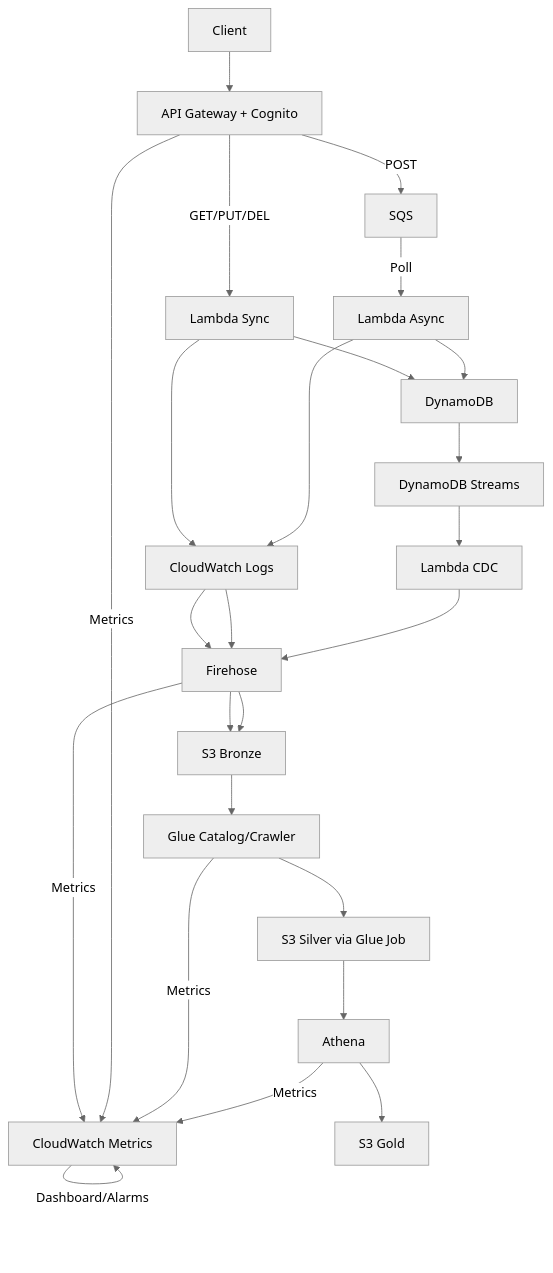
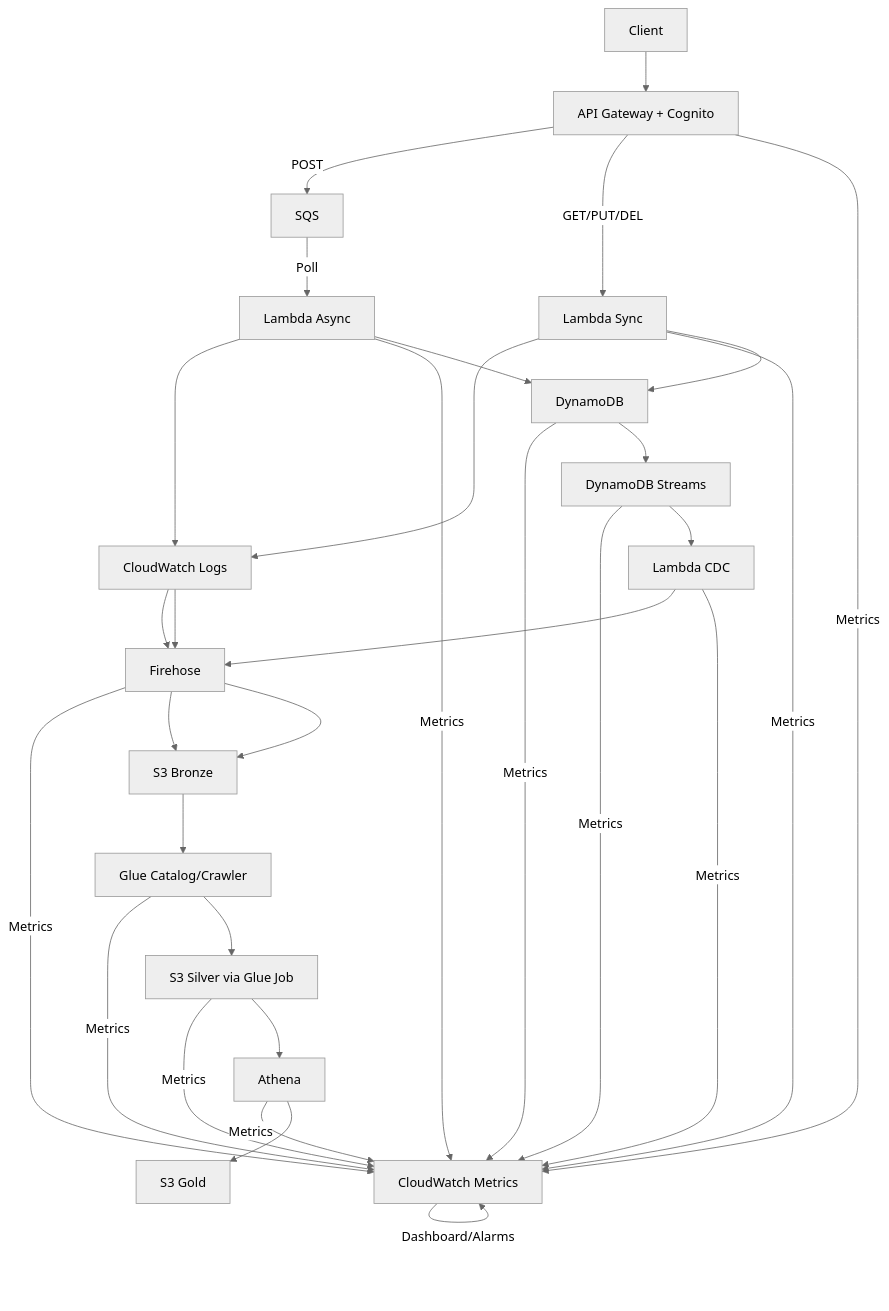
One commit to CoreosG/todo-api-with-insights changed the diagram in docs/adrs/000-architecture-overview.md. Above: the diagram before and after it, drawn with Mermaid (neutral theme). The commit also changed 1 other file, not shown here.

Commit message:
docs(diagram): add Lambda Sync/Async metrics links to CloudWatch

````diff
--- a/docs/adrs/000-architecture-overview.md
+++ b/docs/adrs/000-architecture-overview.md
@@ -267,27 +267,33 @@
 ```mermaid
 graph TD
-           Client --> AG[API Gateway + Cognito]
-           AG -->|POST| SQS
-           AG -->|GET/PUT/DEL| L1[Lambda Sync]
-           L1 --> CW[CloudWatch Logs]
-           CW --> FH[Firehose]
-           FH --> |Metrics|CWM
-           FH --> S3B[S3 Bronze]
-           L1 --> DDB[DynamoDB]
-           AG -->|Metrics| CWM[CloudWatch Metrics]
-           SQS -->|Poll| L2[Lambda Async]
-           L2 --> CW
-           CW --> FH
-           L2 --> DDB
-           DDB --> DS[DynamoDB Streams]
-           DS --> L3[Lambda CDC]
-           L3 --> FH
-           FH --> S3B
-           S3B --> GC[Glue Catalog/Crawler]
-           GC --> |Metrics|CWM
-           GC --> GS[S3 Silver via Glue Job]
-           GS --> A
-           A[Athena] -->|Metrics| CWM
-           A --> GG[S3 Gold]
-           CWM -->|Dashboard/Alarms| CWM 
+       Client --> AG[API Gateway + Cognito]
+       AG -->|POST| SQS
+       AG -->|GET/PUT/DEL| L1[Lambda Sync]
+       L1 --> CW[CloudWatch Logs]
+       L1 --> |Metrics|CWM 
+       CW --> FH[Firehose]
+       FH --> |Metrics|CWM
+       FH --> S3B[S3 Bronze]
+       L1 --> DDB[DynamoDB]
+       AG -->|Metrics| CWM[CloudWatch Metrics]
+       SQS -->|Poll| L2[Lambda Async]
+       L2 --> CW
+       L2 --> |Metrics|CWM  
+       CW --> FH
+       L2 --> DDB
+       DDB --> |Metrics|CWM
+       DDB --> DS[DynamoDB Streams]
+       DS --> |Metrics|CWM
+       DS --> L3[Lambda CDC]
+       L3 --> FH
+       L3 --> |Metrics|CWM
+       FH --> S3B
+       S3B --> GC[Glue Catalog/Crawler]
+       GC --> |Metrics|CWM
+       GC --> GS[S3 Silver via Glue Job]
+       GS --> |Metrics|CWM
+       GS --> A
+       A[Athena] -->|Metrics| CWM
+       A --> GG[S3 Gold]
+       CWM -->|Dashboard/Alarms| CWM
 ```
````
